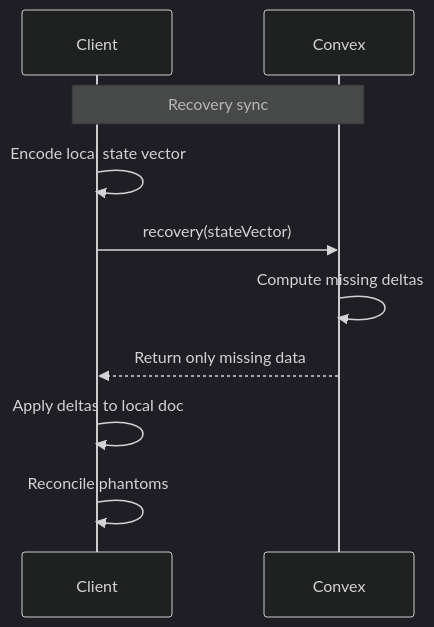
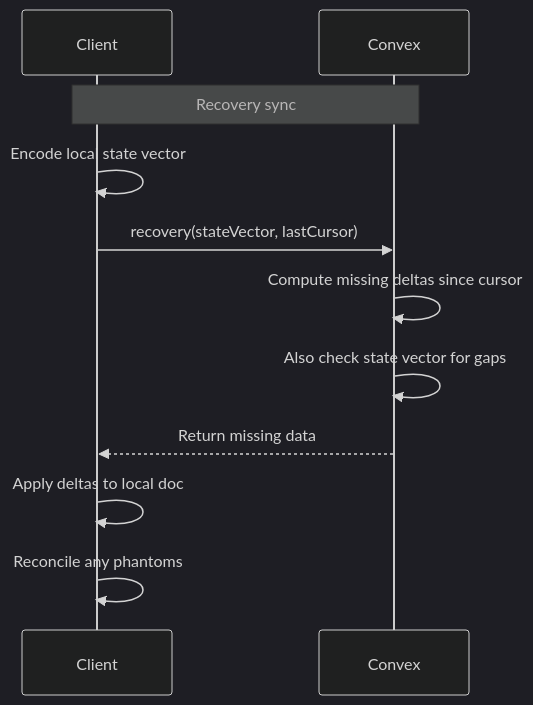
One commit to robelest/robelest changed the fourth of 5 diagrams in journal/2024-12-17-replicate-local-first.md. Above: the diagram before and after it, drawn with Mermaid (dark theme). The commit also changed other lines of this file, not shown here.

````diff
--- a/journal/2024-12-17-replicate-local-first.md
+++ b/journal/2024-12-17-replicate-local-first.md
@@ -397,13 +1461,14 @@
 ```mermaid
 sequenceDiagram
     participant C as Client
     participant S as Convex
 
     Note over C,S: Recovery sync
     C->>C: Encode local state vector
-    C->>S: recovery(stateVector)
-    S->>S: Compute missing deltas
-    S-->>C: Return only missing data
+    C->>S: recovery(stateVector, lastCursor)
+    S->>S: Compute missing deltas since cursor
+    S->>S: Also check state vector for gaps
+    S-->>C: Return missing data
     C->>C: Apply deltas to local doc
-    C->>C: Reconcile phantoms
+    C->>C: Reconcile any phantoms
 ```
````
